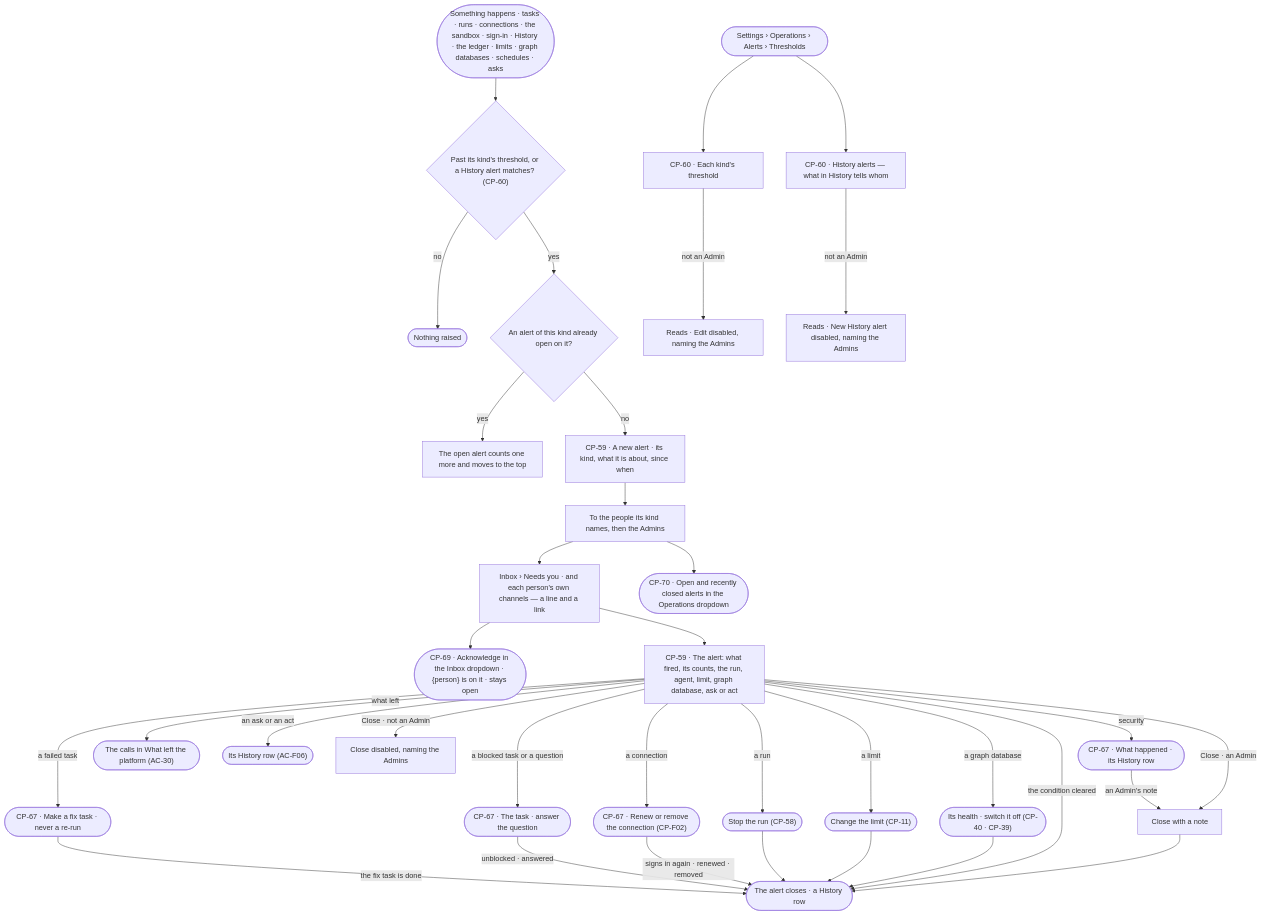
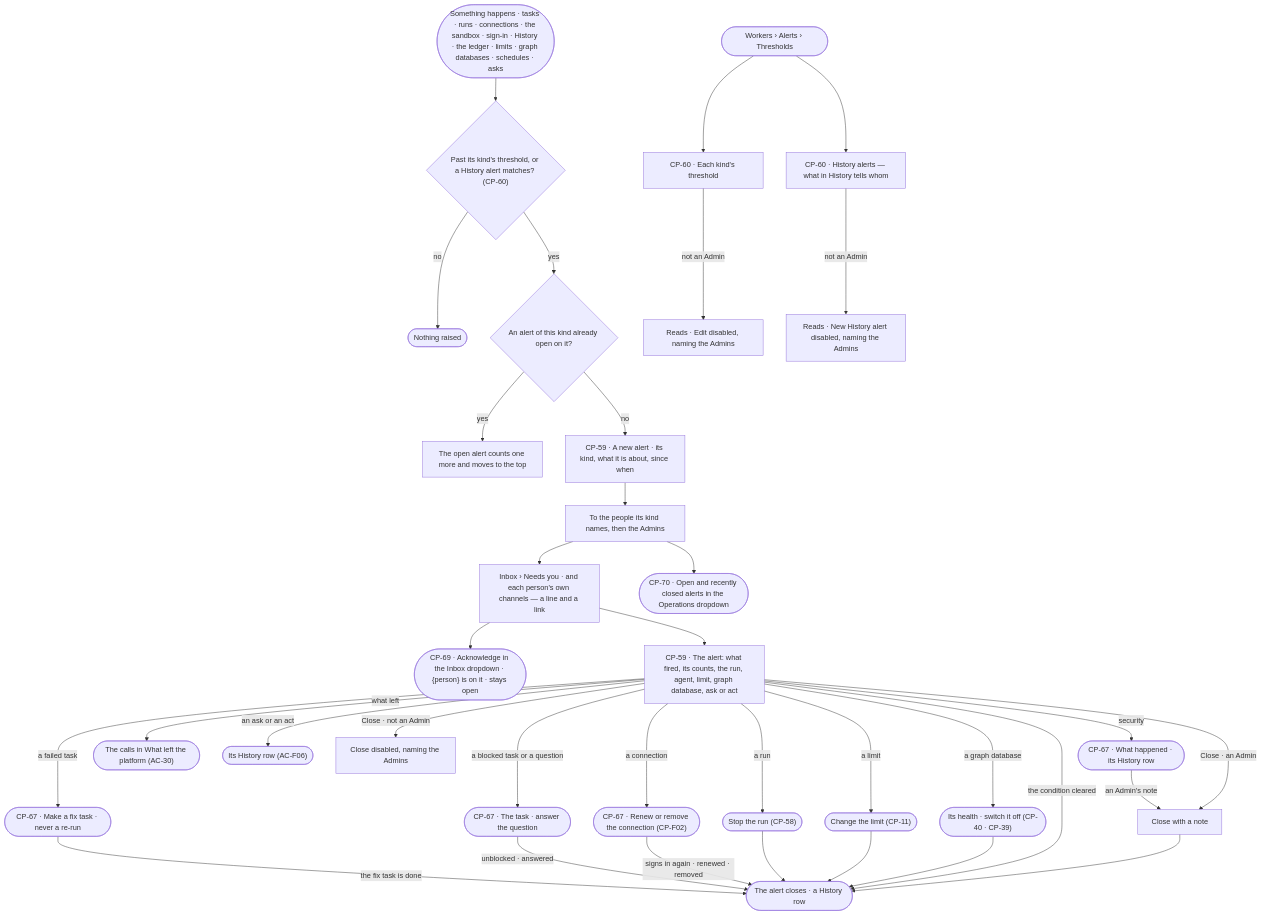
One commit to invana/invana changed the first of 2 diagrams in specs/os/control/features/CP-F11-ops-alerting/feature.md. Above: the diagram before and after it, drawn with Mermaid. The commit also changed other lines of this file and 133 other files, not shown here.

````diff
--- a/specs/os/control/features/CP-F11-ops-alerting/feature.md
+++ b/specs/os/control/features/CP-F11-ops-alerting/feature.md
@@ -29,36 +29,36 @@
 ```mermaid
 flowchart TD
   sig([Something happens · tasks · runs · connections · the sandbox · sign-in · History · the ledger · limits · graph databases · schedules · asks]) --> m{"Past its kind's threshold, or a History alert matches? (CP-60)"}
   m -->|no| q(["Nothing raised"])
   m -->|yes| open{"An alert of this kind already open on it?"}
   open -->|yes| inc["The open alert counts one more and moves to the top"]
   open -->|no| a["CP-59 · A new alert · its kind, what it is about, since when"]
   a --> rc["To the people its kind names, then the Admins"]
   rc --> ib["Inbox › Needs you · and each person's own channels — a line and a link"]
   ib --> ack(["CP-69 · Acknowledge in the Inbox dropdown · {person} is on it · stays open"])
   rc --> ops(["CP-70 · Open and recently closed alerts in the Operations dropdown"])
   ib --> view["CP-59 · The alert: what fired, its counts, the run, agent, limit, graph database, ask or act"]
   view -->|a run| stop(["Stop the run (CP-58)"])
   view -->|a failed task| fix(["CP-67 · Make a fix task · never a re-run"])
   view -->|a blocked task or a question| tk(["CP-67 · The task · answer the question"])
   view -->|a connection| cn(["CP-67 · Renew or remove the connection (CP-F02)"])
   view -->|security| sec(["CP-67 · What happened · its History row"])
   fix -->|the fix task is done| cl
   tk -->|unblocked · answered| cl
   cn -->|signs in again · renewed · removed| cl
   sec -->|an Admin's note| note
   view -->|a limit| lim(["Change the limit (CP-11)"])
   view -->|a graph database| gd(["Its health · switch it off (CP-40 · CP-39)"])
   view -->|what left| led(["The calls in What left the platform (AC-30)"])
   view -->|an ask or an act| hist(["Its History row (AC-F06)"])
   stop --> cl(["The alert closes · a History row"])
   lim --> cl
   gd --> cl
   view -->|the condition cleared| cl
   view -->|Close · an Admin| note["Close with a note"] --> cl
   view -->|Close · not an Admin| nc["Close disabled, naming the Admins"]
-  set([Settings › Operations › Alerts › Thresholds]) --> t["CP-60 · Each kind's threshold"]
+  set([Workers › Alerts › Thresholds]) --> t["CP-60 · Each kind's threshold"]
   t -->|not an Admin| ro["Reads · Edit disabled, naming the Admins"]
   set --> ha["CP-60 · History alerts — what in History tells whom"]
   ha -->|not an Admin| hro["Reads · New History alert disabled, naming the Admins"]
 ```
````
